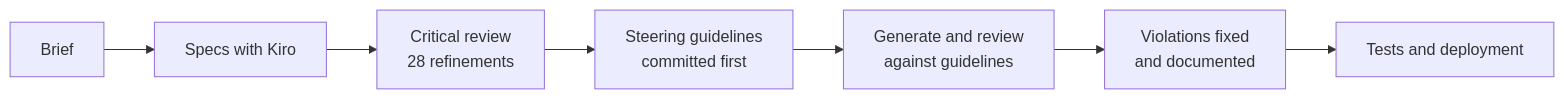
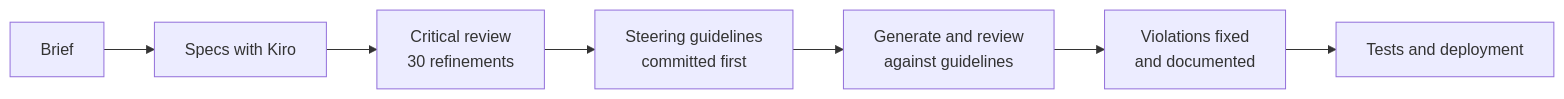
One commit to Revou-FSSE-Jun26/module-4-jimWilliam changed the second of 2 diagrams in README.md. Above: the diagram before and after it, drawn with Mermaid. The commit also changed other lines of this file and 3 other files, not shown here.

````diff
--- a/README.md
+++ b/README.md
@@ -237,4 +242,4 @@
 ```mermaid
 flowchart LR
-    A[Brief] --> B[Specs with Kiro] --> C[Critical review<br/>28 refinements] --> D[Steering guidelines<br/>committed first] --> E[Generate and review<br/>against guidelines] --> F[Violations fixed<br/>and documented] --> G[Tests and deployment]
+    A[Brief] --> B[Specs with Kiro] --> C[Critical review<br/>30 refinements] --> D[Steering guidelines<br/>committed first] --> E[Generate and review<br/>against guidelines] --> F[Violations fixed<br/>and documented] --> G[Tests and deployment]
 ```
````
